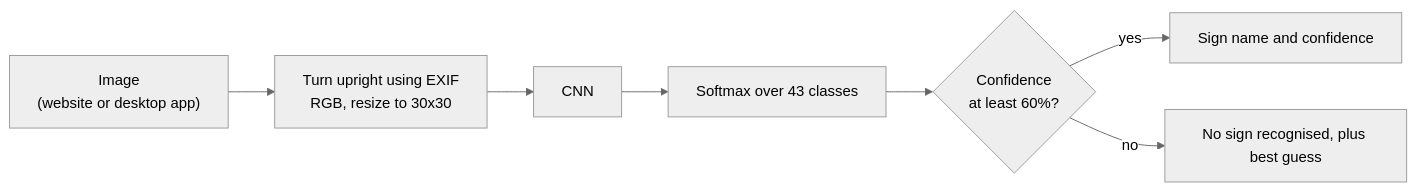
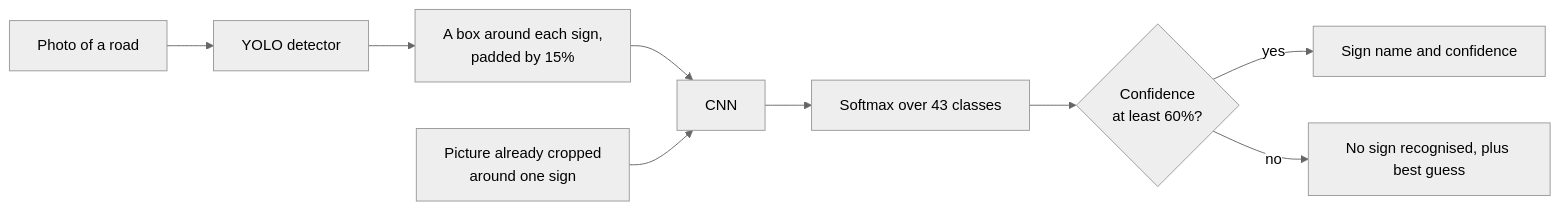
The diagram in README.md (neel561/traffic-sign-recognition-detection-cnn), drawn with Mermaid (neutral theme) before and after one commit. The commit also changed other lines of this file and 14 other files, not shown here.

````diff
--- a/README.md
+++ b/README.md
@@ -11,9 +15,11 @@
 ```mermaid
 flowchart LR
-    A["Image<br/>(website or desktop app)"] --> B["Turn upright using EXIF<br/>RGB, resize to 30x30"]
-    B --> C[CNN]
-    C --> D[Softmax over 43 classes]
-    D --> E{"Confidence<br/>at least 60%?"}
-    E -- yes --> F[Sign name and confidence]
-    E -- no --> G[No sign recognised, plus best guess]
+    A["Photo of a road"] --> B[YOLO detector]
+    B --> C["A box around each sign,<br/>padded by 15%"]
+    C --> D[CNN]
+    A2["Picture already cropped<br/>around one sign"] --> D
+    D --> E[Softmax over 43 classes]
+    E --> F{"Confidence<br/>at least 60%?"}
+    F -- yes --> G[Sign name and confidence]
+    F -- no --> H[No sign recognised, plus best guess]
 ```
````
